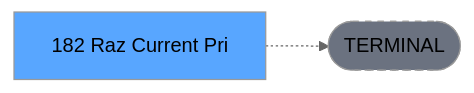
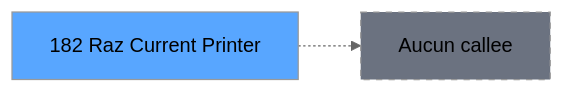
Before and after one commit to thonyAGP/magic-migration: the third of 3 diagrams in .openspec/specs/ADH-IDE-182.md, drawn with Mermaid (neutral theme). The commit also changed other lines of this file and 311 other files, not shown here.

````diff
--- a/.openspec/specs/ADH-IDE-182.md
+++ b/.openspec/specs/ADH-IDE-182.md
@@ -138,8 +131,8 @@
 ```mermaid
 graph LR
-    T[182 Raz Current Pri]
-    TERM([TERMINAL])
-    T -.-> TERM
-    style TERM fill:#6b7280,stroke-dasharray: 5 5
-    style T fill:#58a6ff,color:#000
+    T182[182 Raz Current Printer]
+    style T182 fill:#58a6ff
+    NONE[Aucun callee]
+    T182 -.-> NONE
+    style NONE fill:#6b7280,stroke-dasharray: 5 5
 ```
````
